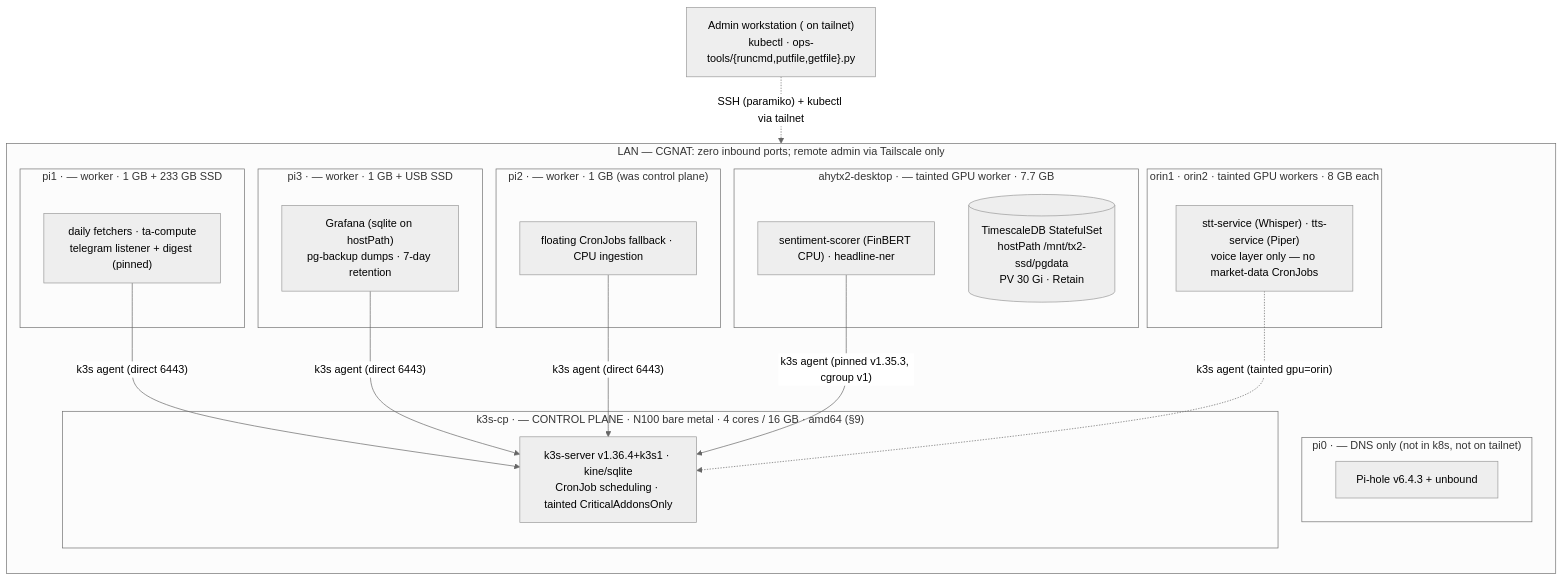
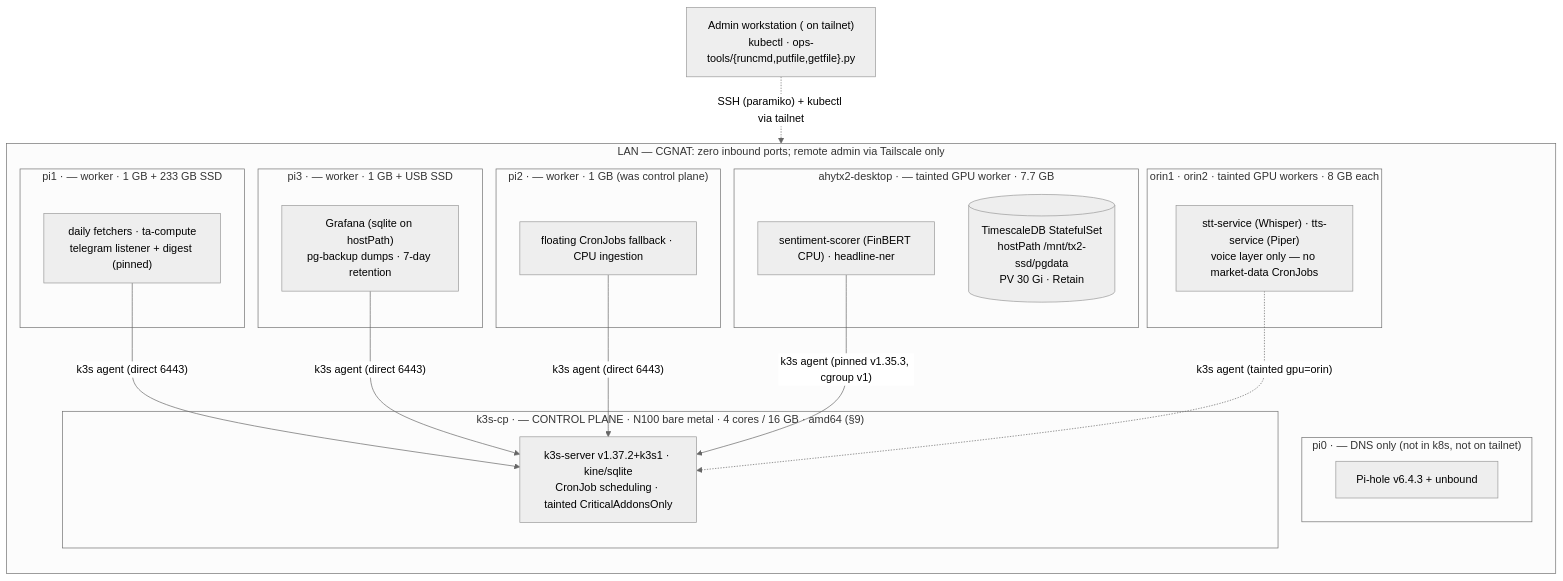
Before and after one commit to ahemanthyadav/market-pipeline: the second of 9 diagrams in docs/market-data-architecture.md, drawn with Mermaid (neutral theme). The commit also changed other lines of this file and 10 other files, not shown here.

````diff
--- a/docs/market-data-architecture.md
+++ b/docs/market-data-architecture.md
@@ -113,35 +113,35 @@
 ```mermaid
 flowchart TB
     ADMIN["Admin workstation (<admin-tailnet-ip> on tailnet)<br/>kubectl · ops-tools/{runcmd,putfile,getfile}.py"]
     subgraph LAN["LAN <lan-cidr> — CGNAT: zero inbound ports; remote admin via Tailscale only"]
         direction TB
         subgraph PI0["pi0 · <pi0-ip> — DNS only (not in k8s, not on tailnet)"]
             DNS["Pi-hole v6.4.3 + unbound"]
         end
         subgraph CP["k3s-cp · <minipc-ip> — CONTROL PLANE · N100 bare metal · 4 cores / 16 GB · amd64 (§9)"]
-            API["k3s-server v1.36.4+k3s1 · kine/sqlite<br/>CronJob scheduling · tainted CriticalAddonsOnly"]
+            API["k3s-server v1.37.2+k3s1 · kine/sqlite<br/>CronJob scheduling · tainted CriticalAddonsOnly"]
         end
         subgraph PI1["pi1 · <pi1-ip> — worker · 1 GB + 233 GB SSD"]
             W1["daily fetchers · ta-compute<br/>telegram listener + digest (pinned)"]
         end
         subgraph PI2["pi2 · <pi2-ip> — worker · 1 GB (was control plane)"]
             W2["floating CronJobs fallback · CPU ingestion"]
         end
         subgraph PI3["pi3 · <pi3-ip> — worker · 1 GB + USB SSD"]
             W3["Grafana (sqlite on hostPath)<br/>pg-backup dumps · 7-day retention"]
         end
         subgraph TX2N["ahytx2-desktop · <tx2-ip> — tainted GPU worker · 7.7 GB"]
             W2b["sentiment-scorer (FinBERT CPU) · headline-ner"]
             TSDB[("TimescaleDB StatefulSet<br/>hostPath /mnt/tx2-ssd/pgdata<br/>PV 30 Gi · Retain")]
         end
         subgraph ORIN["orin1 · orin2 · tainted GPU workers · 8 GB each"]
             VS["stt-service (Whisper) · tts-service (Piper)<br/>voice layer only — no market-data CronJobs"]
         end
     end
     ADMIN -. "SSH (paramiko) + kubectl via tailnet" .-> API
     W1 -- "k3s agent (direct 6443)" --> API
     W3 -- "k3s agent (direct 6443)" --> API
     W2 -- "k3s agent (direct 6443)" --> API
     W2b -- "k3s agent (pinned v1.35.3, cgroup v1)" --> API
     VS -. "k3s agent (tainted gpu=orin)" .-> API
 ```
````
